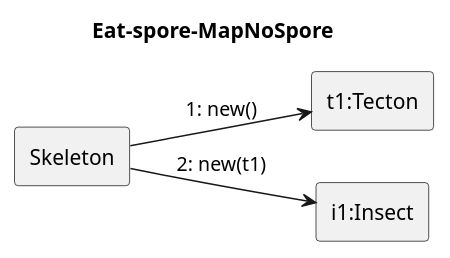
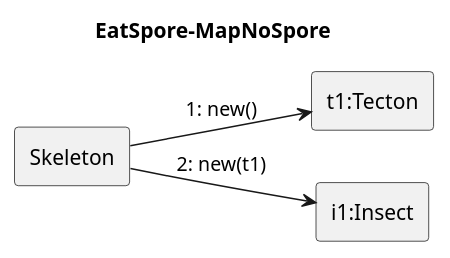
Before and after one commit to ZD4ve/projlab-error521: the diagram in Skeleton/Eat-spore/map-no-spore.pu, drawn with PlantUML. The commit also changed 4 other files, not shown here.

```diff
--- a/Skeleton/Eat-spore/map-no-spore.pu
+++ b/Skeleton/Eat-spore/map-no-spore.pu
@@ -1,14 +1,14 @@
 @startuml Eat-spore/map-no-spore
 left to right direction
-title Eat-spore-MapNoSpore
+title EatSpore-MapNoSpore
 
 rectangle Skeleton as S 
 
 rectangle "t1:Tecton" as t1
 rectangle "i1:Insect" as i1
 
 S --> t1: 1: new()
 
 S --> i1 : 2: new(t1)
 
 @enduml
```
